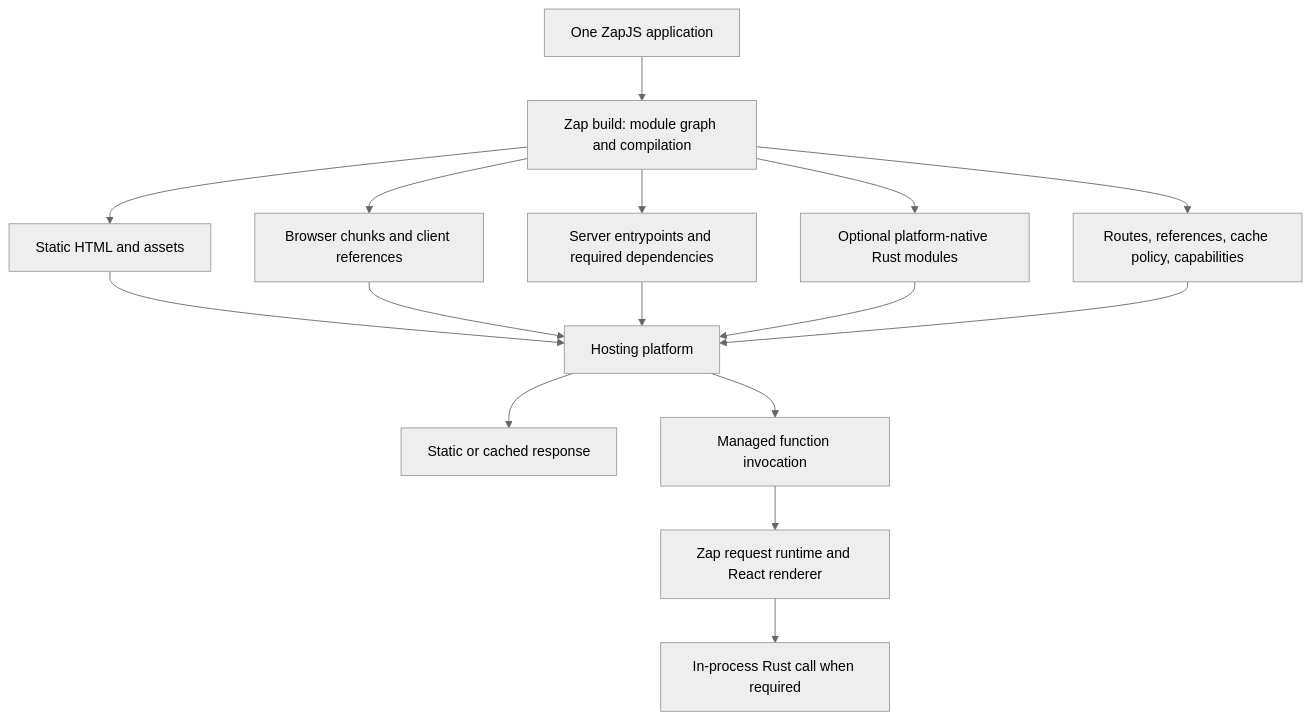
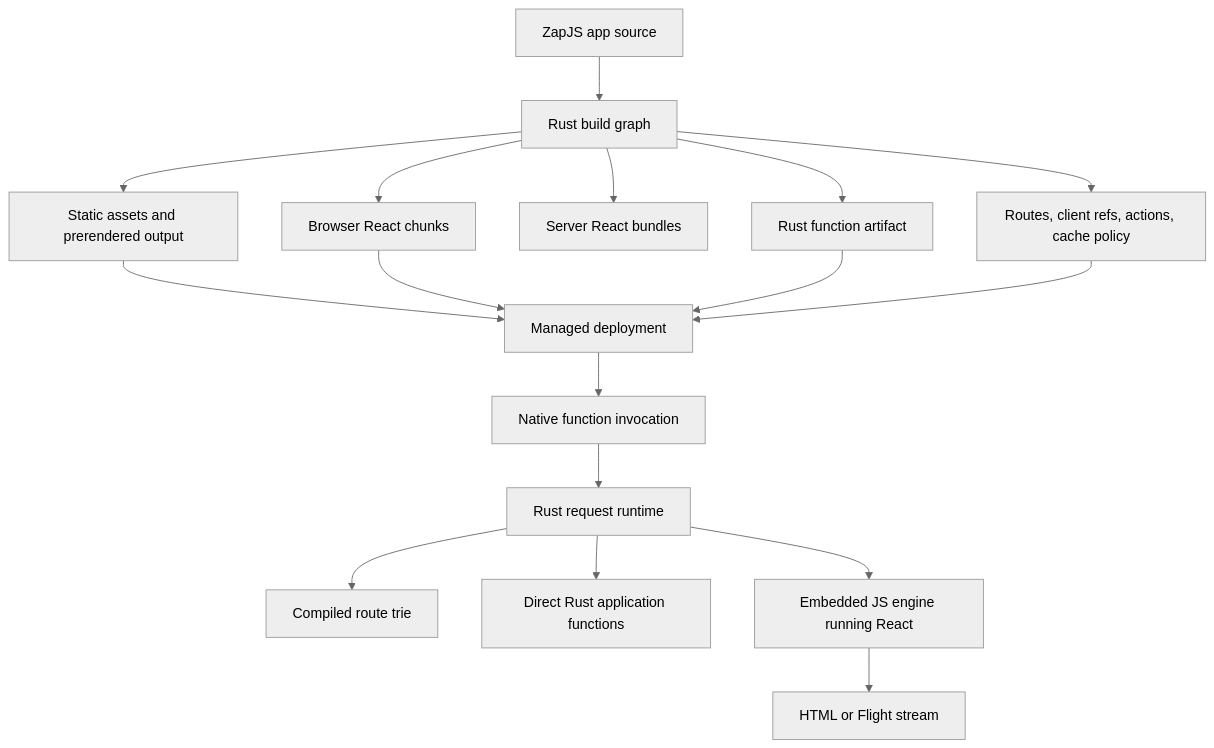
Before and after one commit to zapjs/zapjs: the diagram in docs/architecture/framework.md, drawn with Mermaid (neutral theme). The commit also changed other lines of this file and 126 other files, not shown here.

Commit message:
Rebuild core around Rust runtime crates

````diff
--- a/docs/architecture/framework.md
+++ b/docs/architecture/framework.md
@@ -20,18 +18,19 @@
 ```mermaid
 flowchart TD
-    Source[One ZapJS application] --> Build[Zap build: module graph and compilation]
-    Build --> Static[Static HTML and assets]
-    Build --> Client[Browser chunks and client references]
-    Build --> Functions[Server entrypoints and required dependencies]
-    Build --> Native[Optional platform-native Rust modules]
-    Build --> Manifest[Routes, references, cache policy, capabilities]
-    Static --> Host[Hosting platform]
-    Client --> Host
-    Functions --> Host
+    Source[ZapJS app source] --> Build[Rust build graph]
+    Build --> Static[Static assets and prerendered output]
+    Build --> Browser[Browser React chunks]
+    Build --> Server[Server React bundles]
+    Build --> Native[Rust function artifact]
+    Build --> Manifest[Routes, client refs, actions, cache policy]
+    Static --> Host[Managed deployment]
+    Browser --> Host
     Native --> Host
     Manifest --> Host
-    Host --> CDN[Static or cached response]
-    Host --> Invoke[Managed function invocation]
-    Invoke --> Runtime[Zap request runtime and React renderer]
-    Runtime --> Bindings[In-process Rust call when required]
+    Host --> Invoke[Native function invocation]
+    Invoke --> Runtime[Rust request runtime]
+    Runtime --> Router[Compiled route trie]
+    Runtime --> RustFns[Direct Rust application functions]
+    Runtime --> Renderer[Embedded JS engine running React]
+    Renderer --> Stream[HTML or Flight stream]
 ```
````
